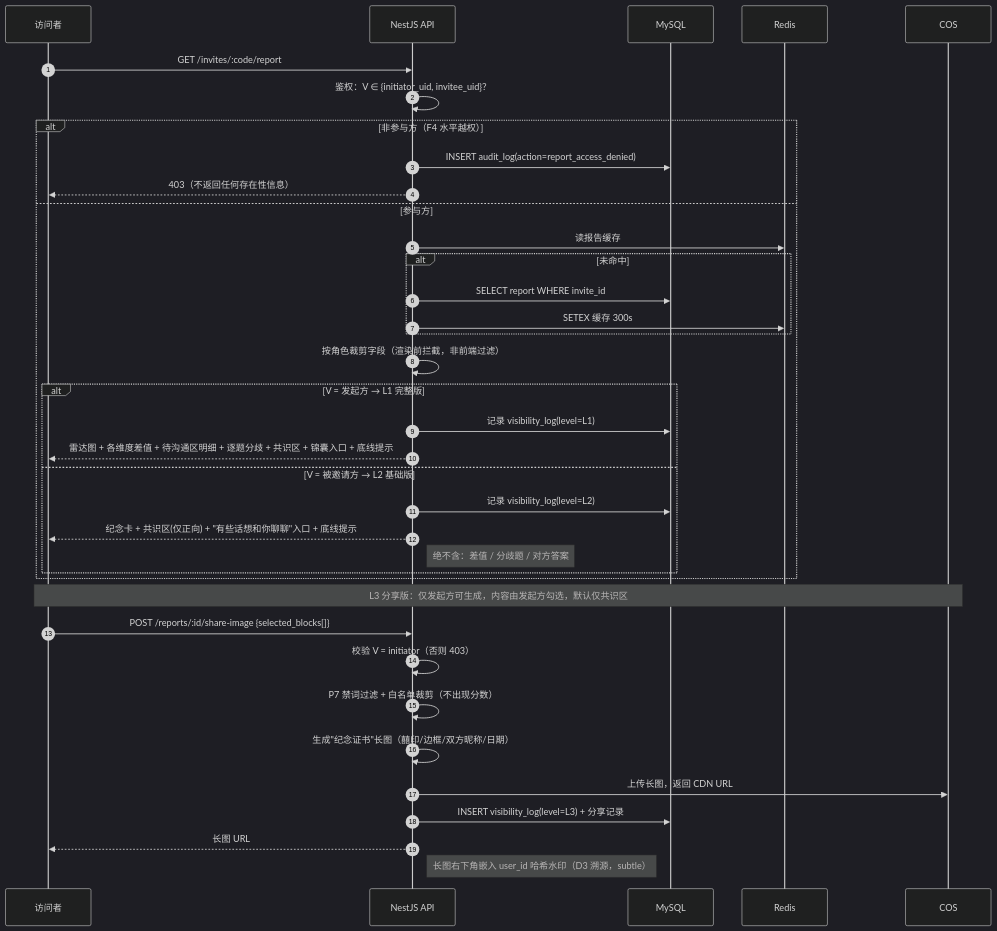
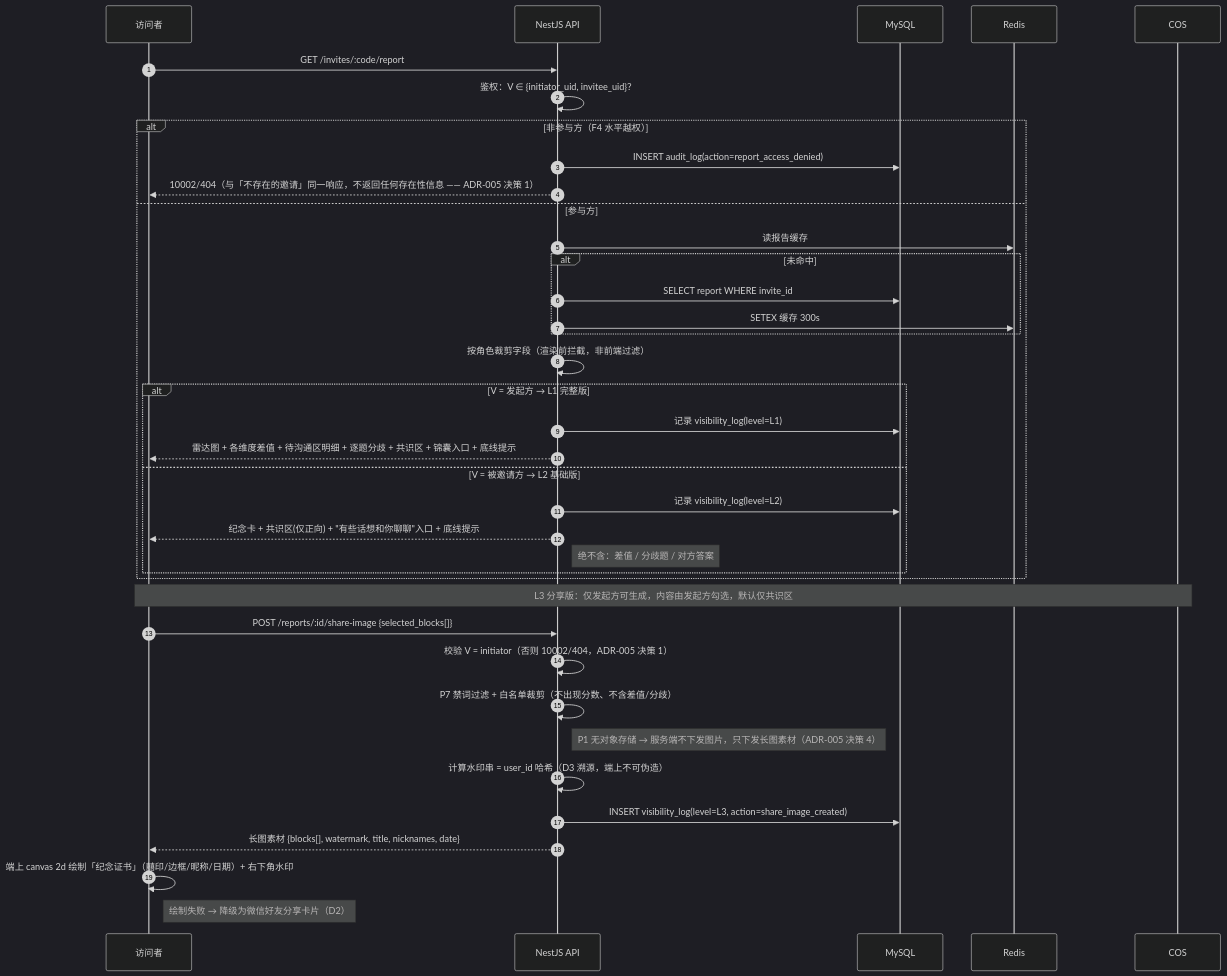
The fourth of 5 diagrams in docs/architecture.md (Abuab/zhiban), drawn with Mermaid (dark theme) before and after one commit. The commit also changed other lines of this file and 64 other files, not shown here.

First line of the commit message:
feat(invite): 模块 5 双人邀请与对比报告——状态机、三层可见与 L3 分享长图

````diff
--- a/docs/architecture.md
+++ b/docs/architecture.md
@@ -222,41 +222,42 @@
 ```mermaid
 sequenceDiagram
     autonumber
     participant V as 访问者
     participant A as NestJS API
     participant D as MySQL
     participant R as Redis
     participant S as COS
 
     V->>A: GET /invites/:code/report
     A->>A: 鉴权：V ∈ {initiator_uid, invitee_uid}？
     alt 非参与方（F4 水平越权）
         A->>D: INSERT audit_log(action=report_access_denied)
-        A-->>V: 403（不返回任何存在性信息）
+        A-->>V: 10002/404（与「不存在的邀请」同一响应，不返回任何存在性信息 —— ADR-005 决策 1）
     else 参与方
         A->>R: 读报告缓存
         alt 未命中
             A->>D: SELECT report WHERE invite_id
             A->>R: SETEX 缓存 300s
         end
         A->>A: 按角色裁剪字段（渲染前拦截，非前端过滤）
         alt V = 发起方 → L1 完整版
             A->>D: 记录 visibility_log(level=L1)
             A-->>V: 雷达图 + 各维度差值 + 待沟通区明细 + 逐题分歧 + 共识区 + 锦囊入口 + 底线提示
         else V = 被邀请方 → L2 基础版
             A->>D: 记录 visibility_log(level=L2)
             A-->>V: 纪念卡 + 共识区(仅正向) + "有些话想和你聊聊"入口 + 底线提示
             Note right of A: 绝不含：差值 / 分歧题 / 对方答案
         end
     end
 
     Note over V,S: L3 分享版：仅发起方可生成，内容由发起方勾选，默认仅共识区
     V->>A: POST /reports/:id/share-image {selected_blocks[]}
-    A->>A: 校验 V = initiator（否则 403）
-    A->>A: P7 禁词过滤 + 白名单裁剪（不出现分数）
-    A->>A: 生成"纪念证书"长图（囍印/边框/双方昵称/日期）
-    A->>S: 上传长图，返回 CDN URL
-    A->>D: INSERT visibility_log(level=L3) + 分享记录
-    A-->>V: 长图 URL
-    Note right of A: 长图右下角嵌入 user_id 哈希水印（D3 溯源，subtle）
+    A->>A: 校验 V = initiator（否则 10002/404，ADR-005 决策 1）
+    A->>A: P7 禁词过滤 + 白名单裁剪（不出现分数、不含差值/分歧）
+    Note right of A: P1 无对象存储 → 服务端不下发图片，只下发长图素材（ADR-005 决策 4）
+    A->>A: 计算水印串 = user_id 哈希（D3 溯源，端上不可伪造）
+    A->>D: INSERT visibility_log(level=L3, action=share_image_created)
+    A-->>V: 长图素材 {blocks[], watermark, title, nicknames, date}
+    V->>V: 端上 canvas 2d 绘制「纪念证书」（囍印/边框/昵称/日期）+ 右下角水印
+    Note right of V: 绘制失败 → 降级为微信好友分享卡片（D2）
 ```
````
